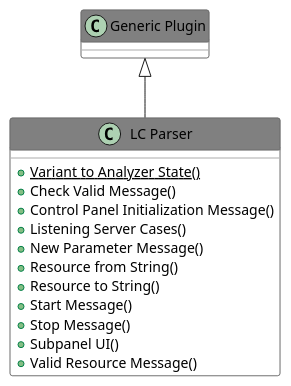
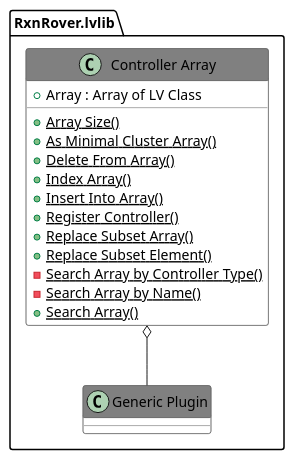
Before and after one commit to RxnRover/RxnRover: the diagram in _static/api/Includes/013.adoc, drawn with PlantUML. The commit also changed other lines of this file and 405 other files, not shown here.

```diff
--- a/_static/api/Includes/013.adoc
+++ b/_static/api/Includes/013.adoc
@@ -10,30 +10,31 @@
 [plantuml, format="svg", align="center"]
 ....
 @startuml
 set namespaceSeparator :
 skinparam ClassBackgroundColor #FFFFFF
 skinparam ClassBorderColor #555555
 skinparam ClassFontColor #000000
 skinparam ClassHeaderBackgroundColor #808080
 
 skinparam top to bottom direction
-class "LC Parser" {
-{static} {method} +Variant to Analyzer State()
-{method} +Check Valid Message()
-{method} +Control Panel Initialization Message()
-{method} +Listening Server Cases()
-{method} +New Parameter Message()
-{method} +Resource from String()
-{method} +Resource to String()
-{method} +Start Message()
-{method} +Stop Message()
-{method} +Subpanel UI()
-{method} +Valid Resource Message()
+class "RxnRover.lvlib:Controller Array" {
+{field} +Array : Array of LV Class
+{static} {method} +Array Size()
+{static} {method} +As Minimal Cluster Array()
+{static} {method} +Delete From Array()
+{static} {method} +Index Array()
+{static} {method} +Insert Into Array()
+{static} {method} +Register Controller()
+{static} {method} +Replace Subset Array()
+{static} {method} +Replace Subset Element()
+{static} {method} -Search Array by Controller Type()
+{static} {method} -Search Array by Name()
+{static} {method} +Search Array()
 
 }
-"Generic Plugin" <|-- "LC Parser"
 
+"RxnRover.lvlib:Controller Array" o-- "RxnRover.lvlib:Generic Plugin"
 
 
 @enduml
 ....
```
